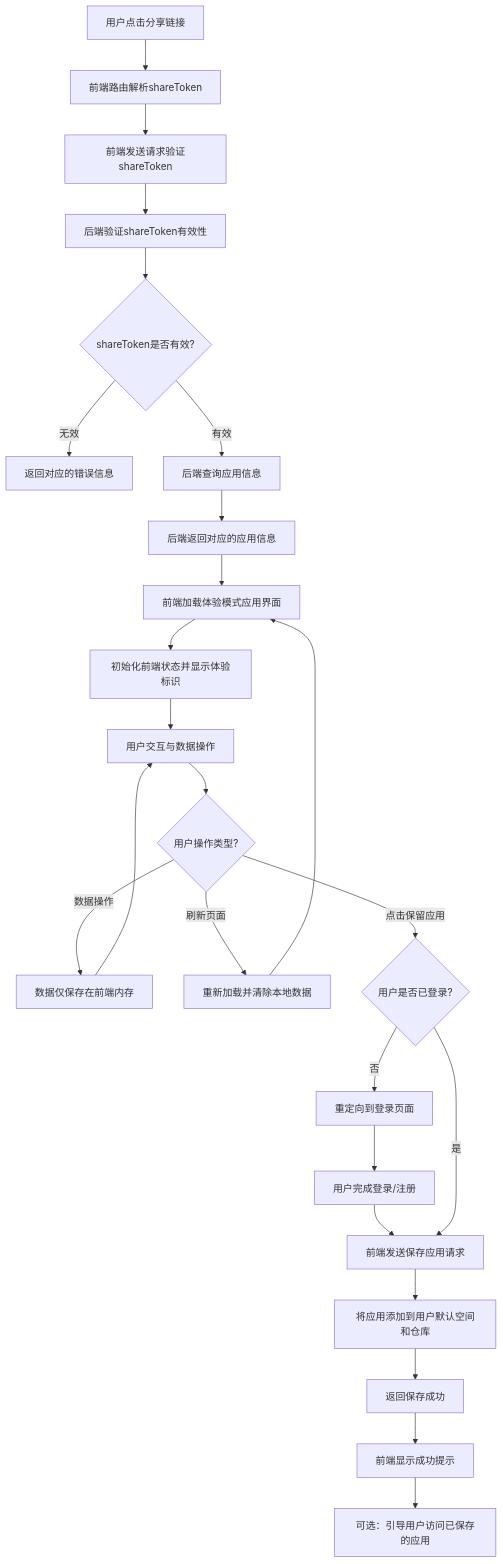
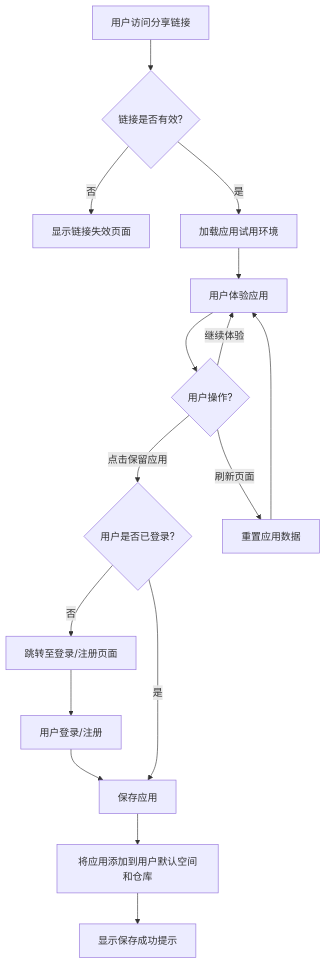
The diagram in all/未命名-65.md (yingjianzh/iodraw-files), drawn with Mermaid before and after one commit.

Commit message:
2025-05-22 10:57:19 update

````diff
--- a/all/未命名-65.md
+++ b/all/未命名-65.md
@@ -1,27 +1,20 @@
 ```mermaid
+
 flowchart TD
-    A[用户点击分享链接] --> B[前端路由解析shareToken]
-    B --> C[前端发送请求验证shareToken]
-    C --> D[后端验证shareToken有效性]
-    D --> E{shareToken是否有效?}
-    E -->|无效| F[返回对应的错误信息]
-    E -->|有效| G[后端查询应用信息]
-    G --> H[后端返回对应的应用信息]
-    H --> I[前端加载体验模式应用界面]
-    I --> J[初始化前端状态并显示体验标识]
-    J --> K[用户交互与数据操作]
-    K --> L{用户操作类型?}
-    L -->|数据操作| M[数据仅保存在前端内存]
-    M --> K
-    L -->|刷新页面| N[重新加载并清除本地数据]
-    N --> I
-    L -->|点击保留应用| O{用户是否已登录?}
-    O -->|否| P[重定向到登录页面]
-    P --> Q[用户完成登录/注册]
-    Q --> S[前端发送保存应用请求]
-    O -->|是| S
-    S --> U[将应用添加到用户默认空间和仓库]
-    U --> V[返回保存成功]
-    V --> W[前端显示成功提示]
-    W --> X[可选：引导用户访问已保存的应用]
+    A[用户访问分享链接] --> B{链接是否有效?}
+    B -->|否| C[显示链接失效页面]
+    B -->|是| D[加载应用试用环境]
+    D --> E[用户体验应用]
+    E --> F{用户操作?}
+    F -->|继续体验| E
+    F -->|点击保留应用| G{用户是否已登录?}
+    G -->|否| H[跳转至登录/注册页面]
+    H --> I[用户登录/注册]
+    I --> J[保存应用]
+    G -->|是| J
+    J --> K[将应用添加到用户默认空间和仓库]
+    K --> L[显示保存成功提示]
+    F -->|刷新页面| M[重置应用数据]
+    M --> E
+
 ```
````
